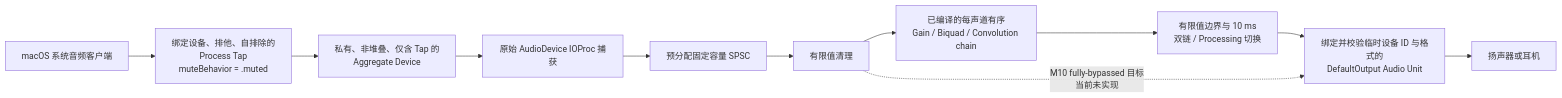
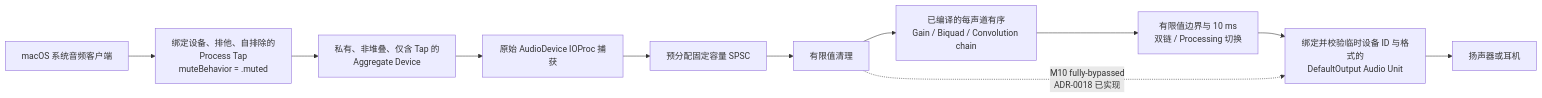
One commit to crmmc/EqualizerAU changed the second of 10 diagrams in docs-dev/architecture.md. Above: the diagram before and after it, drawn with Mermaid. The commit also changed other lines of this file and 39 other files, not shown here.

````diff
--- a/docs-dev/architecture.md
+++ b/docs-dev/architecture.md
@@ -156,16 +169,16 @@
 ```mermaid
 flowchart LR
     A[macOS 系统音频客户端]
     B[绑定设备、排他、自排除的<br/>Process Tap<br/>muteBehavior = .muted]
     C[私有、非堆叠、仅含 Tap 的<br/>Aggregate Device]
     D[原始 AudioDevice IOProc 捕获]
     E[预分配固定容量 SPSC]
     F[有限值清理]
     G[已编译的每声道有序<br/>Gain / Biquad / Convolution chain]
     H[有限值边界与 10 ms<br/>双链 / Processing 切换]
     I[绑定并校验临时设备 ID 与格式的<br/>DefaultOutput Audio Unit]
     J[扬声器或耳机]
 
     A --> B --> C --> D --> E --> F --> G --> H --> I --> J
-    F -. M10 fully-bypassed 目标<br/>当前未实现 .-> I
+    F -. M10 fully-bypassed<br/>ADR-0018 已实现 .-> I
 ```
````
